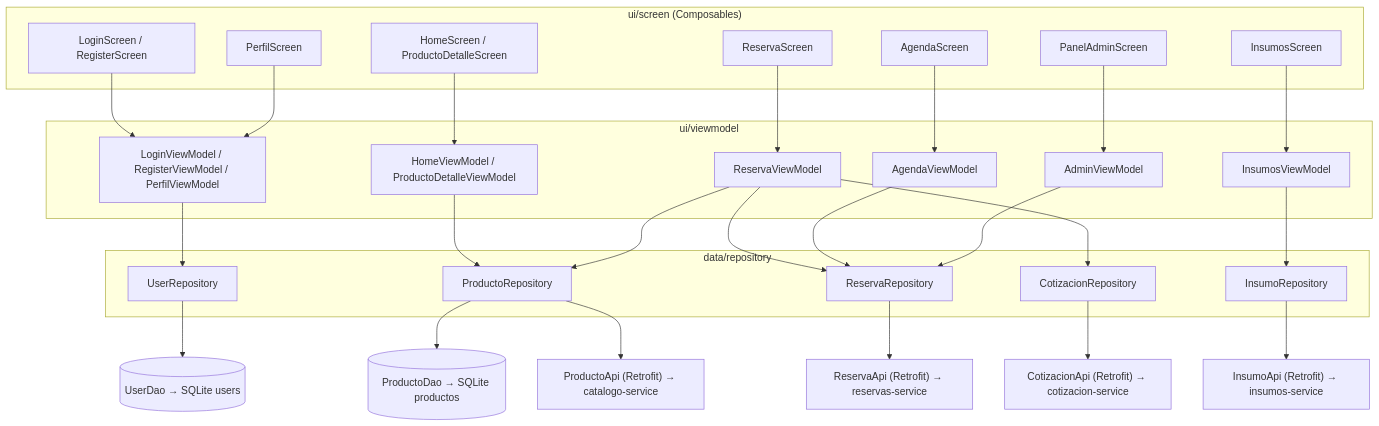
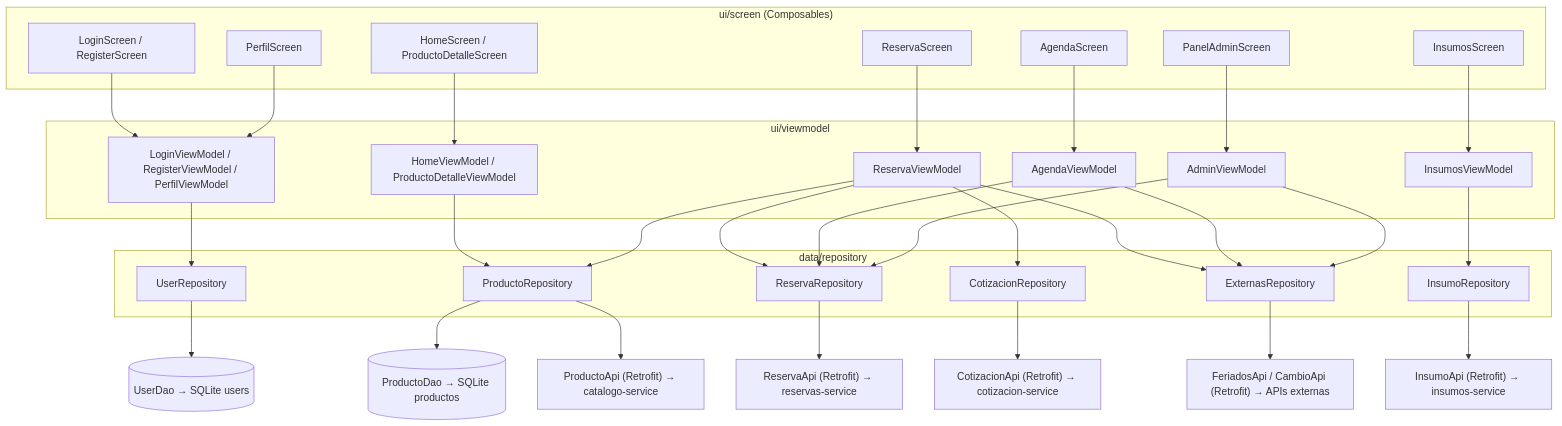
Before and after one commit to VooNn47/Paolicias.sweet: the second of 4 diagrams in documents/arquitectura.md, drawn with Mermaid. The commit also changed other lines of this file and 12 other files, not shown here.

First line of the commit message:
feat: consumo de APIs externas (feriados y tipo de cambio)

````diff
--- a/documents/arquitectura.md
+++ b/documents/arquitectura.md
@@ -54,42 +55,47 @@
 ```mermaid
 flowchart TB
     subgraph UI["ui/screen (Composables)"]
         S1[LoginScreen / RegisterScreen]
         S2[HomeScreen / ProductoDetalleScreen]
         S3[ReservaScreen]
         S4[AgendaScreen]
         S5[PerfilScreen]
         S6[PanelAdminScreen]
         S7[InsumosScreen]
     end
 
     subgraph VMs["ui/viewmodel"]
         V1[LoginViewModel / RegisterViewModel / PerfilViewModel]
         V2[HomeViewModel / ProductoDetalleViewModel]
         V3[ReservaViewModel]
         V4[AgendaViewModel]
         V6[AdminViewModel]
         V7[InsumosViewModel]
     end
 
     subgraph Datos["data/repository"]
         R1[UserRepository]
         R2[ProductoRepository]
         R3[ReservaRepository]
         R4[CotizacionRepository]
         R5[InsumoRepository]
+        R6[ExternasRepository]
     end
 
     S1 --> V1 --> R1 --> DAO1[("UserDao → SQLite users")]
     S5 --> V1
     S2 --> V2 --> R2
     R2 --> DAO2[("ProductoDao → SQLite productos")]
     R2 --> API1["ProductoApi (Retrofit) → catalogo-service"]
     S3 --> V3 --> R3
     V3 --> R2
     V3 --> R4 --> API3["CotizacionApi (Retrofit) → cotizacion-service"]
     S4 --> V4 --> R3
     S6 --> V6 --> R3
     R3 --> API2["ReservaApi (Retrofit) → reservas-service"]
     S7 --> V7 --> R5 --> API4["InsumoApi (Retrofit) → insumos-service"]
+    V3 --> R6
+    V4 --> R6
+    V6 --> R6
+    R6 --> API5["FeriadosApi / CambioApi (Retrofit) → APIs externas"]
 ```
````
